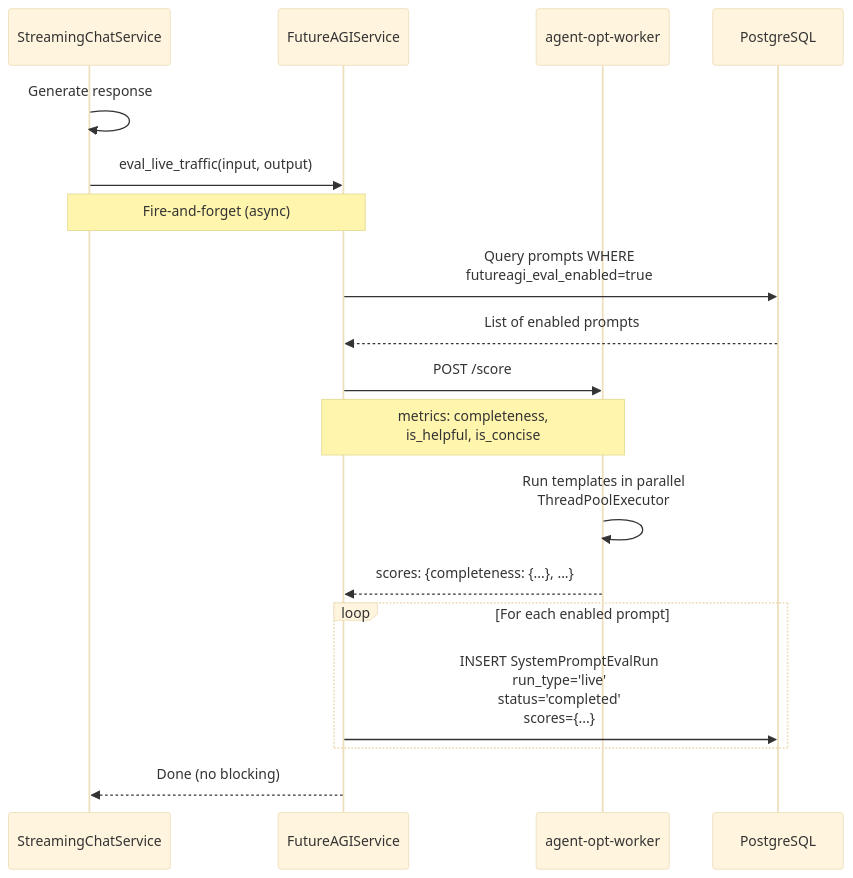
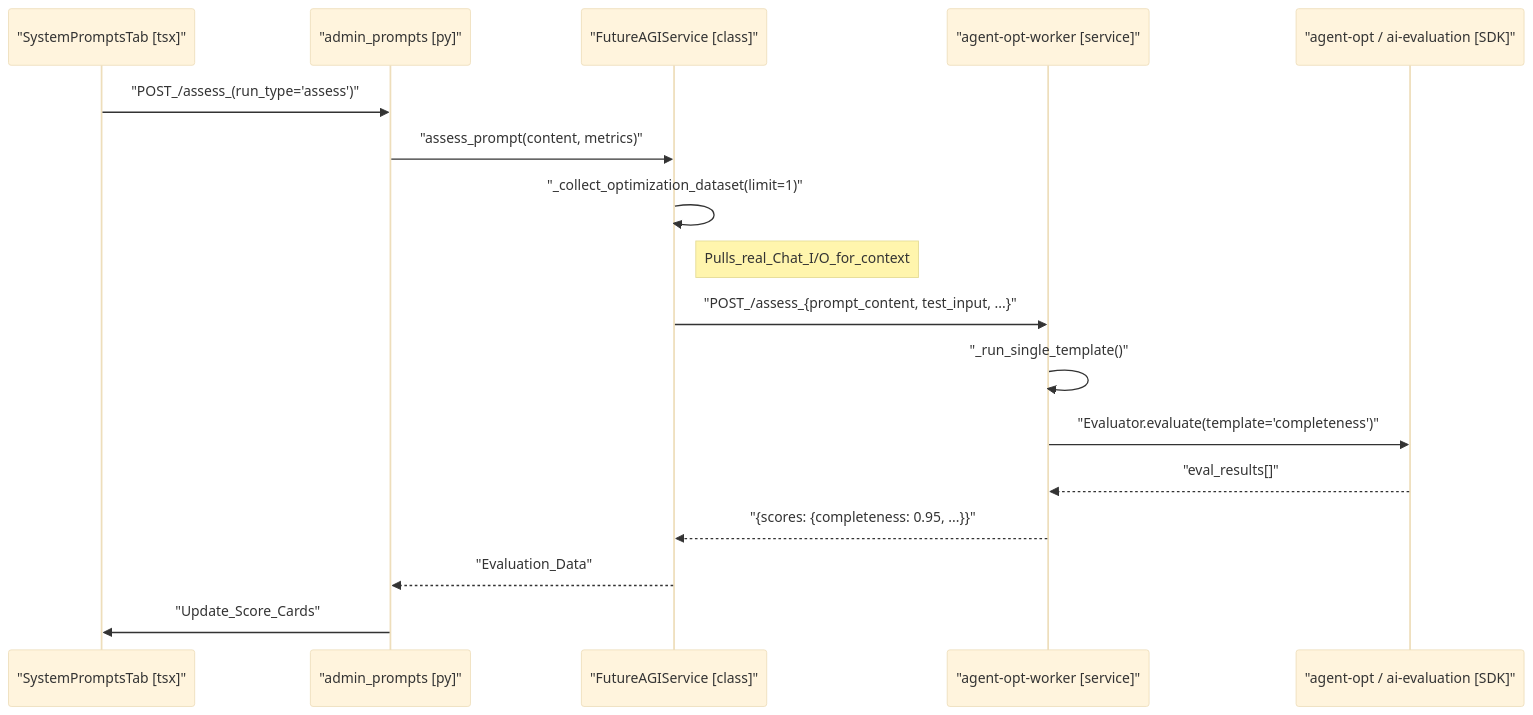
Before and after one commit to AutomatosAI/automatos-ai: the third of 3 diagrams in docs/prompt-optimization/system-prompt-management.md, drawn with Mermaid (base theme). The commit also changed other lines of this file and 149 other files, not shown here.

Commit message:
docs: refresh documentation with graphify semantic scan

````diff
--- a/docs/prompt-optimization/system-prompt-management.md
+++ b/docs/prompt-optimization/system-prompt-management.md
@@ -644,26 +155,20 @@
 ```mermaid
 sequenceDiagram
-    participant Chat as StreamingChatService
-    participant Service as FutureAGIService
-    participant Worker as agent-opt-worker
-    participant DB as PostgreSQL
-    
-    Chat->>Chat: Generate response
-    Chat->>Service: eval_live_traffic(input, output)
-    Note over Chat,Service: Fire-and-forget (async)
-    
-    Service->>DB: Query prompts WHERE<br/>futureagi_eval_enabled=true
-    DB-->>Service: List of enabled prompts
-    
-    Service->>Worker: POST /score
-    Note over Service,Worker: metrics: completeness,<br/>is_helpful, is_concise
-    
-    Worker->>Worker: Run templates in parallel<br/>ThreadPoolExecutor
-    Worker-->>Service: scores: {completeness: {...}, ...}
-    
-    loop For each enabled prompt
-        Service->>DB: INSERT SystemPromptEvalRun<br/>run_type='live'<br/>status='completed'<br/>scores={...}
-    end
-    
-    Service-->>Chat: Done (no blocking)
+    participant UI as "SystemPromptsTab [tsx]"
+    participant API as "admin_prompts [py]"
+    participant Svc as "FutureAGIService [class]"
+    participant Worker as "agent-opt-worker [service]"
+    participant SDK as "agent-opt / ai-evaluation [SDK]"
+
+    UI->>API: "POST_/assess_(run_type='assess')"
+    API->>Svc: "assess_prompt(content, metrics)"
+    Svc->>Svc: "_collect_optimization_dataset(limit=1)"
+    Note right of Svc: Pulls_real_Chat_I/O_for_context
+    Svc->>Worker: "POST_/assess_{prompt_content, test_input, ...}"
+    Worker->>Worker: "_run_single_template()"
+    Worker->>SDK: "Evaluator.evaluate(template='completeness')"
+    SDK-->>Worker: "eval_results[]"
+    Worker-->>Svc: "{scores: {completeness: 0.95, ...}}"
+    Svc-->>API: "Evaluation_Data"
+    API->>UI: "Update_Score_Cards"
 ```
````
